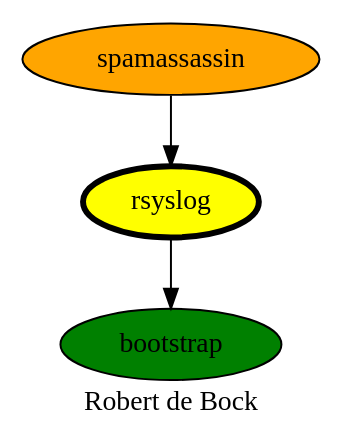
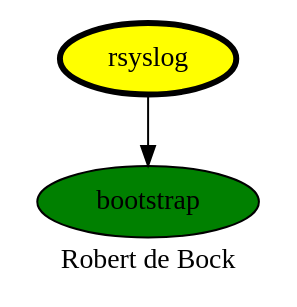
The diagram in rsyslog.dot (robertdebock/drawings), drawn with Graphviz before and after one commit. The commit also changed 12 other files, not shown here.

```diff
--- a/rsyslog.dot
+++ b/rsyslog.dot
@@ -1,11 +1,9 @@
 digraph PhiloDilemma {
   label = "Robert de Bock" ;
   overlap=false
   {
     bootstrap [fillcolor=green style=filled]
     rsyslog [fillcolor=yellow style=filled penwidth=3]
-    spamassassin [fillcolor=orange style=filled]
   }
-  spamassassin -> rsyslog
   rsyslog -> bootstrap
 }
```
